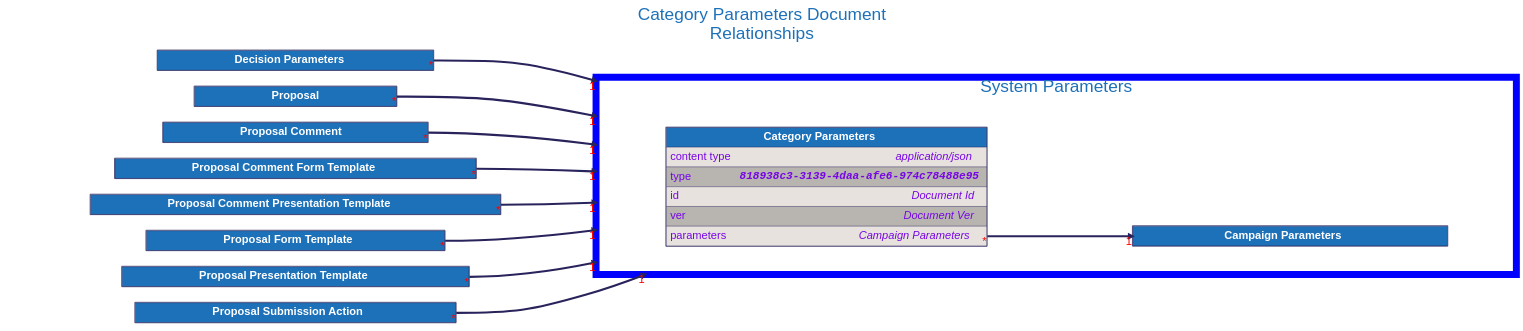
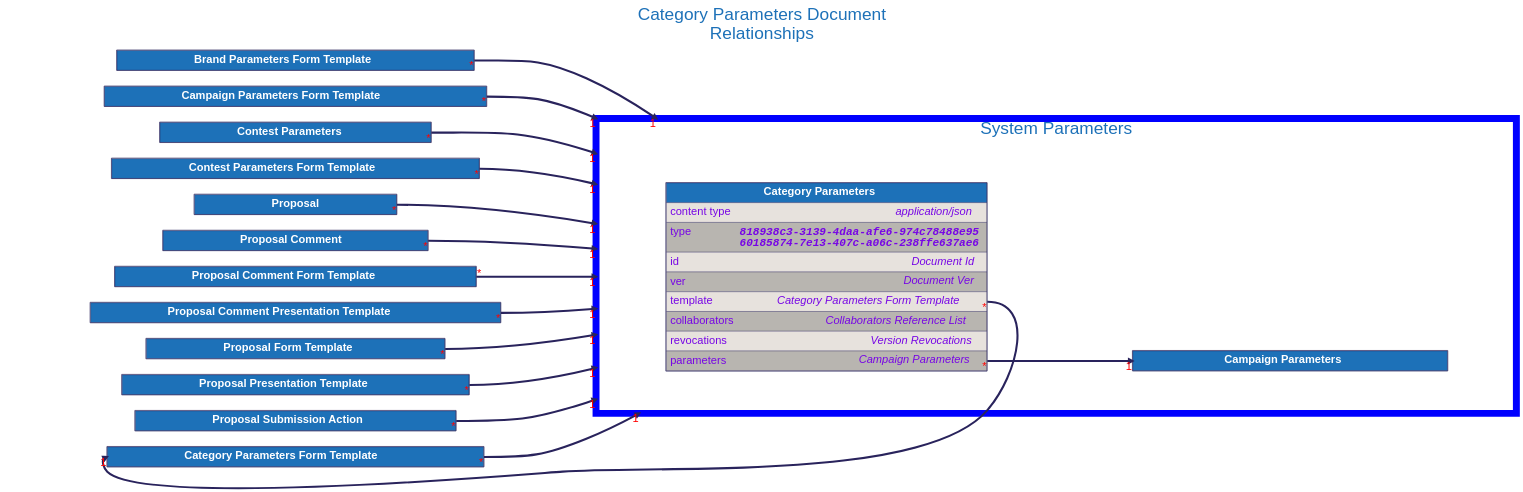
The diagram in docs/src/architecture/08_concepts/signed_doc/diagrams/category_parameters.dot (input-output-hk/catalyst-libs), drawn with Graphviz before and after one commit. The commit also changed 45 other files, not shown here.

```diff
--- a/docs/src/architecture/08_concepts/signed_doc/diagrams/category_parameters.dot
+++ b/docs/src/architecture/08_concepts/signed_doc/diagrams/category_parameters.dot
@@ -13,99 +13,73 @@
 
 
 
-    subgraph cluster_system_parameters {
-        label = "System Parameters";
-        color=blue
-        penwidth=20
-
-        "Campaign Parameters" [
-            id="Campaign Parameters";
-            label=<
-                <TABLE BORDER="2" COLOR="#29235c" CELLBORDER="1" CELLSPACING="0" CELLPADDING="10">
-                <TR>
-                    <TD PORT="title" BGCOLOR="#1d71b8" HREF="../campaign_parameters/">
-                        <FONT COLOR="#ffffff"><B> Campaign Parameters </B></FONT>
-                    </TD>
-                </TR>
-
-                </TABLE>
-            >
-        ];
-
-
-        "Category Parameters" [
-            id="Category Parameters";
-            label=<
-                <TABLE BORDER="2" COLOR="#29235c" CELLBORDER="1" CELLSPACING="0" CELLPADDING="10">
-                <TR>
-                    <TD PORT="title" BGCOLOR="#1d71b8" HREF="../category_parameters/">
-                        <FONT COLOR="#ffffff"><B> Category Parameters </B></FONT>
-                    </TD>
-                </TR>
-                <TR>
-                    <TD ALIGN="LEFT" PORT="content type" BGCOLOR="#e7e2dd">
-                        <TABLE CELLPADDING="0" CELLSPACING="0" BORDER="0">
-                            <TR>
-                                <TD ALIGN="LEFT" VALIGN="TOP" WIDTH="200"><FONT COLOR="#7706E5">content type</FONT></TD>
-                                <TD ALIGN="RIGHT"><FONT COLOR="#7706E5"><I>application/json</I></FONT></TD>
-                            </TR>
-                        </TABLE>
-                    </TD>
-                </TR>
-                <TR>
-                    <TD ALIGN="LEFT" PORT="type" BGCOLOR="#b8b5b0">
-                        <TABLE CELLPADDING="0" CELLSPACING="0" BORDER="0">
-                            <TR>
-                                <TD ALIGN="LEFT" VALIGN="TOP" WIDTH="200"><FONT COLOR="#7706E5">type</FONT></TD>
-                                <TD ALIGN="RIGHT"><FONT FACE="Courier" COLOR="#7706E5"><B><I>818938c3-3139-4daa-afe6-974c78488e95</I></B></FONT></TD>
-                            </TR>
-                        </TABLE>
-                    </TD>
-                </TR>
-                <TR>
-                    <TD ALIGN="LEFT" PORT="id" BGCOLOR="#e7e2dd">
-                        <TABLE CELLPADDING="0" CELLSPACING="0" BORDER="0">
-                            <TR>
-                                <TD ALIGN="LEFT" VALIGN="TOP" WIDTH="200"><FONT COLOR="#7706E5">id</FONT></TD>
-                                <TD ALIGN="RIGHT"><FONT COLOR="#7706E5"><I>Document Id</I></FONT></TD>
-                            </TR>
-                        </TABLE>
-                    </TD>
-                </TR>
-                <TR>
-                    <TD ALIGN="LEFT" PORT="ver" BGCOLOR="#b8b5b0">
-                        <TABLE CELLPADDING="0" CELLSPACING="0" BORDER="0">
-                            <TR>
-                                <TD ALIGN="LEFT" VALIGN="TOP" WIDTH="200"><FONT COLOR="#7706E5">ver</FONT></TD>
-                                <TD ALIGN="RIGHT"><FONT COLOR="#7706E5"><I>Document Ver</I></FONT></TD>
-                            </TR>
-                        </TABLE>
-                    </TD>
-                </TR>
-                <TR>
-                    <TD ALIGN="LEFT" PORT="parameters" BGCOLOR="#e7e2dd">
-                        <TABLE CELLPADDING="0" CELLSPACING="0" BORDER="0">
-                            <TR>
-                                <TD ALIGN="LEFT" VALIGN="TOP" WIDTH="200"><FONT COLOR="#7706E5">parameters</FONT></TD>
-                                <TD ALIGN="RIGHT"><FONT COLOR="#7706E5"><I>Campaign Parameters</I></FONT></TD>
-                            </TR>
-                        </TABLE>
-                    </TD>
-                </TR>
-
-                </TABLE>
-            >
-        ];
-
-    }
-
-    "Decision Parameters" [
-        id="Decision Parameters";
+    "Category Parameters Form Template" [
+        id="Category Parameters Form Template";
         label=<
             <TABLE BORDER="2" COLOR="#29235c" CELLBORDER="1" CELLSPACING="0" CELLPADDING="10">
             <TR>
-                <TD PORT="title" BGCOLOR="#1d71b8" HREF="../decision_parameters/">
-                    <FONT COLOR="#ffffff"><B> Decision Parameters </B></FONT>
+                <TD PORT="title" BGCOLOR="#1d71b8" HREF="../category_parameters_form_template/">
+                    <FONT COLOR="#ffffff"><B> Category Parameters Form Template </B></FONT>
+                </TD>
+            </TR>
+
+            </TABLE>
+        >
+    ];
+
+
+    "Brand Parameters Form Template" [
+        id="Brand Parameters Form Template";
+        label=<
+            <TABLE BORDER="2" COLOR="#29235c" CELLBORDER="1" CELLSPACING="0" CELLPADDING="10">
+            <TR>
+                <TD PORT="title" BGCOLOR="#1d71b8" HREF="../brand_parameters_form_template/">
+                    <FONT COLOR="#ffffff"><B> Brand Parameters Form Template </B></FONT>
+                </TD>
+            </TR>
+
+            </TABLE>
+        >
+    ];
+
+
+    "Campaign Parameters Form Template" [
+        id="Campaign Parameters Form Template";
+        label=<
+            <TABLE BORDER="2" COLOR="#29235c" CELLBORDER="1" CELLSPACING="0" CELLPADDING="10">
+            <TR>
+                <TD PORT="title" BGCOLOR="#1d71b8" HREF="../campaign_parameters_form_template/">
+                    <FONT COLOR="#ffffff"><B> Campaign Parameters Form Template </B></FONT>
+                </TD>
+            </TR>
+
+            </TABLE>
+        >
+    ];
+
+
+    "Contest Parameters" [
+        id="Contest Parameters";
+        label=<
+            <TABLE BORDER="2" COLOR="#29235c" CELLBORDER="1" CELLSPACING="0" CELLPADDING="10">
+            <TR>
+                <TD PORT="title" BGCOLOR="#1d71b8" HREF="../contest_parameters/">
+                    <FONT COLOR="#ffffff"><B> Contest Parameters </B></FONT>
+                </TD>
+            </TR>
+
+            </TABLE>
+        >
+    ];
+
+
+    "Contest Parameters Form Template" [
+        id="Contest Parameters Form Template";
+        label=<
+            <TABLE BORDER="2" COLOR="#29235c" CELLBORDER="1" CELLSPACING="0" CELLPADDING="10">
+            <TR>
+                <TD PORT="title" BGCOLOR="#1d71b8" HREF="../contest_parameters_form_template/">
+                    <FONT COLOR="#ffffff"><B> Contest Parameters Form Template </B></FONT>
                 </TD>
             </TR>
 
@@ -219,8 +193,129 @@
     ];
 
 
+    subgraph cluster_system_parameters {
+        label = "System Parameters";
+        color=blue
+        penwidth=20
+
+        "Campaign Parameters" [
+            id="Campaign Parameters";
+            label=<
+                <TABLE BORDER="2" COLOR="#29235c" CELLBORDER="1" CELLSPACING="0" CELLPADDING="10">
+                <TR>
+                    <TD PORT="title" BGCOLOR="#1d71b8" HREF="../campaign_parameters/">
+                        <FONT COLOR="#ffffff"><B> Campaign Parameters </B></FONT>
+                    </TD>
+                </TR>
+
+                </TABLE>
+            >
+        ];
+
+
+        "Category Parameters" [
+            id="Category Parameters";
+            label=<
+                <TABLE BORDER="2" COLOR="#29235c" CELLBORDER="1" CELLSPACING="0" CELLPADDING="10">
+                <TR>
+                    <TD PORT="title" BGCOLOR="#1d71b8" HREF="../category_parameters/">
+                        <FONT COLOR="#ffffff"><B> Category Parameters </B></FONT>
+                    </TD>
+                </TR>
+                <TR>
+                    <TD ALIGN="LEFT" PORT="content type" BGCOLOR="#e7e2dd">
+                        <TABLE CELLPADDING="0" CELLSPACING="0" BORDER="0">
+                            <TR>
+                                <TD ALIGN="LEFT" VALIGN="TOP" WIDTH="200"><FONT COLOR="#7706E5">content type</FONT></TD>
+                                <TD ALIGN="RIGHT"><FONT COLOR="#7706E5"><I>application/json</I></FONT></TD>
+                            </TR>
+                        </TABLE>
+                    </TD>
+                </TR>
+                <TR>
+                    <TD ALIGN="LEFT" PORT="type" BGCOLOR="#b8b5b0">
+                        <TABLE CELLPADDING="0" CELLSPACING="0" BORDER="0">
+                            <TR>
+                                <TD ALIGN="LEFT" VALIGN="TOP" WIDTH="200"><FONT COLOR="#7706E5">type</FONT></TD>
+                                <TD ALIGN="RIGHT"><FONT FACE="Courier" COLOR="#7706E5"><B><I>818938c3-3139-4daa-afe6-974c78488e95<BR />60185874-7e13-407c-a06c-238ffe637ae6</I></B></FONT></TD>
+                            </TR>
+                        </TABLE>
+                    </TD>
+                </TR>
+                <TR>
+                    <TD ALIGN="LEFT" PORT="id" BGCOLOR="#e7e2dd">
+                        <TABLE CELLPADDING="0" CELLSPACING="0" BORDER="0">
+                            <TR>
+                                <TD ALIGN="LEFT" VALIGN="TOP" WIDTH="200"><FONT COLOR="#7706E5">id</FONT></TD>
+                                <TD ALIGN="RIGHT"><FONT COLOR="#7706E5"><I>Document Id</I></FONT></TD>
+                            </TR>
+                        </TABLE>
+                    </TD>
+                </TR>
+                <TR>
+                    <TD ALIGN="LEFT" PORT="ver" BGCOLOR="#b8b5b0">
+                        <TABLE CELLPADDING="0" CELLSPACING="0" BORDER="0">
+                            <TR>
+                                <TD ALIGN="LEFT" VALIGN="TOP" WIDTH="200"><FONT COLOR="#7706E5">ver</FONT></TD>
+                                <TD ALIGN="RIGHT"><FONT COLOR="#7706E5"><I>Document Ver</I></FONT></TD>
+                            </TR>
+                        </TABLE>
+                    </TD>
+                </TR>
+                <TR>
+                    <TD ALIGN="LEFT" PORT="template" BGCOLOR="#e7e2dd">
+                        <TABLE CELLPADDING="0" CELLSPACING="0" BORDER="0">
+                            <TR>
+                                <TD ALIGN="LEFT" VALIGN="TOP" WIDTH="200"><FONT COLOR="#7706E5">template</FONT></TD>
+                                <TD ALIGN="RIGHT"><FONT COLOR="#7706E5"><I>Category Parameters Form Template</I></FONT></TD>
+                            </TR>
+                        </TABLE>
+                    </TD>
+                </TR>
+                <TR>
+                    <TD ALIGN="LEFT" PORT="collaborators" BGCOLOR="#b8b5b0">
+                        <TABLE CELLPADDING="0" CELLSPACING="0" BORDER="0">
+                            <TR>
+                                <TD ALIGN="LEFT" VALIGN="TOP" WIDTH="200"><FONT COLOR="#7706E5">collaborators</FONT></TD>
+                                <TD ALIGN="RIGHT"><FONT COLOR="#7706E5"><I>Collaborators Reference List</I></FONT></TD>
+                            </TR>
+                        </TABLE>
+                    </TD>
+                </TR>
+                <TR>
+                    <TD ALIGN="LEFT" PORT="revocations" BGCOLOR="#e7e2dd">
+                        <TABLE CELLPADDING="0" CELLSPACING="0" BORDER="0">
+                            <TR>
+                                <TD ALIGN="LEFT" VALIGN="TOP" WIDTH="200"><FONT COLOR="#7706E5">revocations</FONT></TD>
+                                <TD ALIGN="RIGHT"><FONT COLOR="#7706E5"><I>Version Revocations</I></FONT></TD>
+                            </TR>
+                        </TABLE>
+                    </TD>
+                </TR>
+                <TR>
+                    <TD ALIGN="LEFT" PORT="parameters" BGCOLOR="#b8b5b0">
+                        <TABLE CELLPADDING="0" CELLSPACING="0" BORDER="0">
+                            <TR>
+                                <TD ALIGN="LEFT" VALIGN="TOP" WIDTH="200"><FONT COLOR="#7706E5">parameters</FONT></TD>
+                                <TD ALIGN="RIGHT"><FONT COLOR="#7706E5"><I>Campaign Parameters</I></FONT></TD>
+                            </TR>
+                        </TABLE>
+                    </TD>
+                </TR>
+
+                </TABLE>
+            >
+        ];
+
+    }
+
+    "Category Parameters":"template":e -> "Category Parameters Form Template":"title":w [dir=forward, penwidth=6, color="#29235c", headlabel="1", taillabel="*"]
     "Category Parameters":"parameters":e -> "Campaign Parameters":"title":w [dir=forward, penwidth=6, color="#29235c", headlabel="1", taillabel="*"]
-    "Decision Parameters":"title":e -> "Category Parameters" [dir=forward, penwidth=6, color="#29235c", headlabel="1", taillabel="*", lhead="cluster_system_parameters"]
+    "Brand Parameters Form Template":"title":e -> "Category Parameters" [dir=forward, penwidth=6, color="#29235c", headlabel="1", taillabel="*", lhead="cluster_system_parameters"]
+    "Campaign Parameters Form Template":"title":e -> "Category Parameters" [dir=forward, penwidth=6, color="#29235c", headlabel="1", taillabel="*", lhead="cluster_system_parameters"]
+    "Category Parameters Form Template":"title":e -> "Category Parameters" [dir=forward, penwidth=6, color="#29235c", headlabel="1", taillabel="*", lhead="cluster_system_parameters"]
+    "Contest Parameters":"title":e -> "Category Parameters" [dir=forward, penwidth=6, color="#29235c", headlabel="1", taillabel="*", lhead="cluster_system_parameters"]
+    "Contest Parameters Form Template":"title":e -> "Category Parameters" [dir=forward, penwidth=6, color="#29235c", headlabel="1", taillabel="*", lhead="cluster_system_parameters"]
     "Proposal":"title":e -> "Category Parameters" [dir=forward, penwidth=6, color="#29235c", headlabel="1", taillabel="*", lhead="cluster_system_parameters"]
     "Proposal Comment":"title":e -> "Category Parameters" [dir=forward, penwidth=6, color="#29235c", headlabel="1", taillabel="*", lhead="cluster_system_parameters"]
     "Proposal Comment Form Template":"title":e -> "Category Parameters" [dir=forward, penwidth=6, color="#29235c", headlabel="1", taillabel="*", lhead="cluster_system_parameters"]
```
